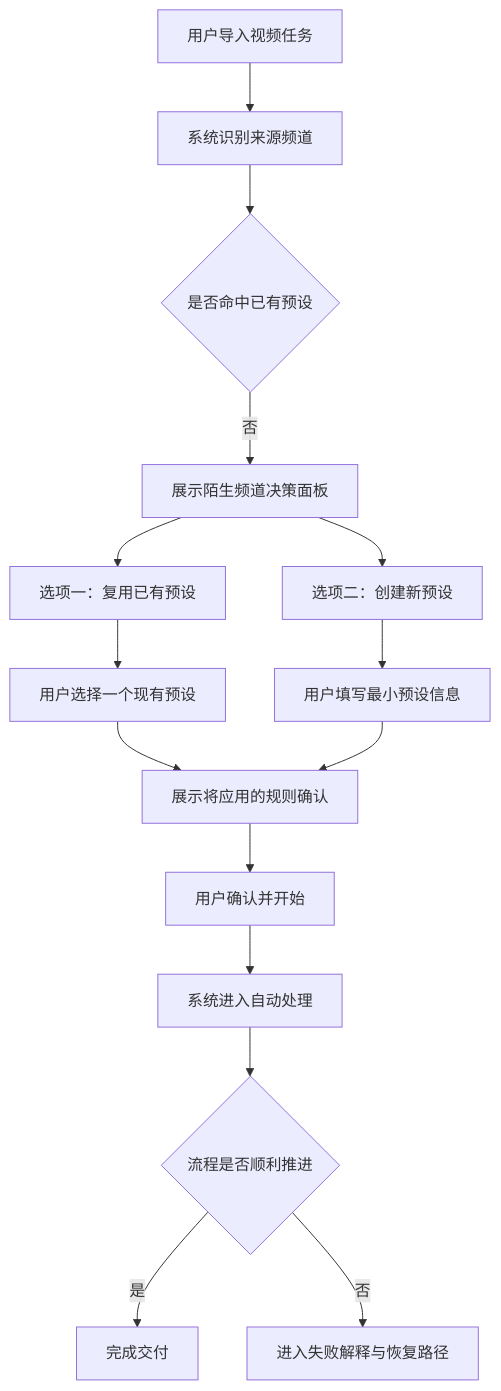
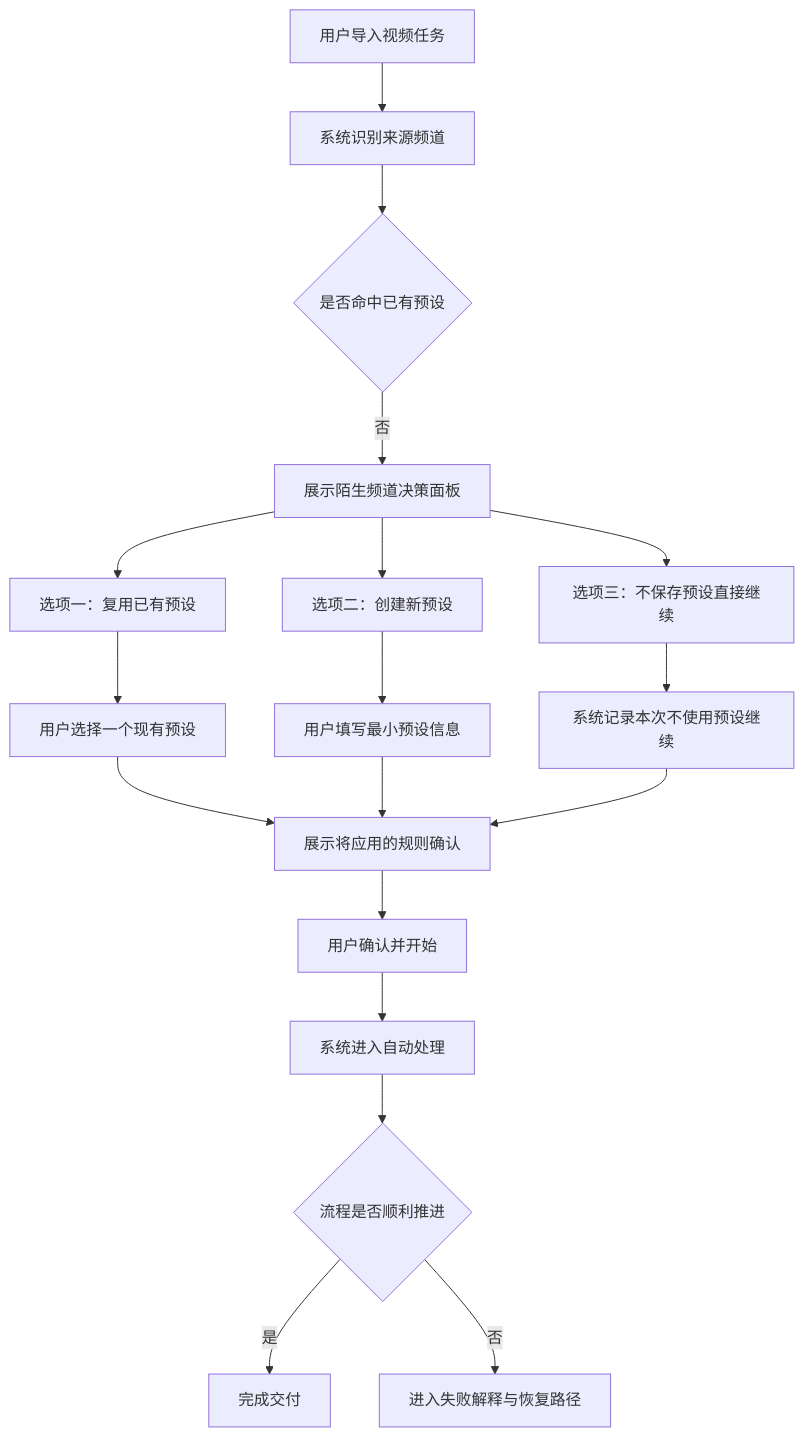
Before and after one commit to youranreus/Yakimoji: the second of 3 diagrams in _bmad-output/planning-artifacts/ux-design-specification.md, drawn with Mermaid. The commit also changed other lines of this file and 7 other files, not shown here.

````diff
--- a/_bmad-output/planning-artifacts/ux-design-specification.md
+++ b/_bmad-output/planning-artifacts/ux-design-specification.md
@@ -363,17 +363,20 @@
 ```mermaid
 flowchart TD
     A[用户导入视频任务] --> B[系统识别来源频道]
     B --> C{是否命中已有预设}
     C -->|否| D[展示陌生频道决策面板]
     D --> E[选项一：复用已有预设]
     D --> F[选项二：创建新预设]
-    E --> G[用户选择一个现有预设]
-    F --> H[用户填写最小预设信息]
-    G --> I[展示将应用的规则确认]
-    H --> I
-    I --> J[用户确认并开始]
-    J --> K[系统进入自动处理]
-    K --> L{流程是否顺利推进}
-    L -->|是| M[完成交付]
-    L -->|否| N[进入失败解释与恢复路径]
+    D --> G[选项三：不保存预设直接继续]
+    E --> H[用户选择一个现有预设]
+    F --> I[用户填写最小预设信息]
+    G --> J[系统记录本次不使用预设继续]
+    H --> K[展示将应用的规则确认]
+    I --> K
+    J --> K
+    K --> L[用户确认并开始]
+    L --> M[系统进入自动处理]
+    M --> N{流程是否顺利推进}
+    N -->|是| O[完成交付]
+    N -->|否| P[进入失败解释与恢复路径]
 ```
````
